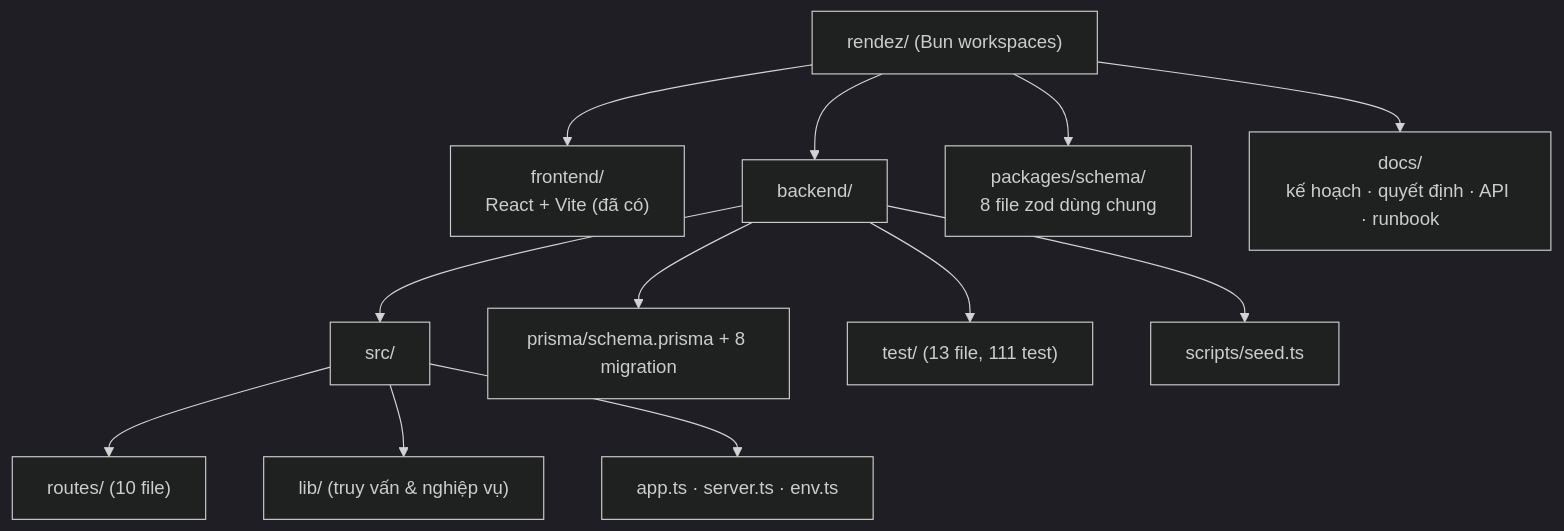
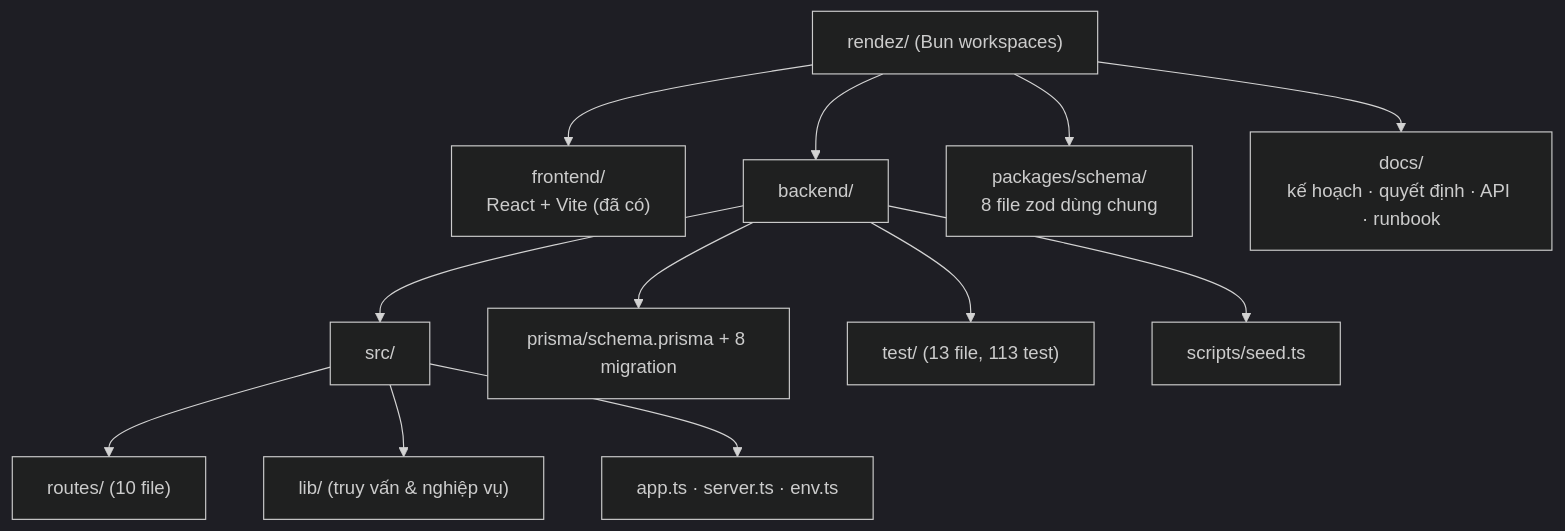
The sixth of 14 diagrams in docs/bao-cao/BAO-CAO-DO-AN.md (longqt321/Rendez-PBL6), drawn with Mermaid (dark theme) before and after one commit. The commit also changed other lines of this file and 3 other files, not shown here.

````diff
--- a/docs/bao-cao/BAO-CAO-DO-AN.md
+++ b/docs/bao-cao/BAO-CAO-DO-AN.md
@@ -439,15 +439,15 @@
 ```mermaid
 flowchart TB
   Root["rendez/ (Bun workspaces)"]
   Root --> FE["frontend/<br/>React + Vite (đã có)"]
   Root --> BE["backend/"]
   Root --> PKG["packages/schema/<br/>8 file zod dùng chung"]
   Root --> DOC["docs/<br/>kế hoạch · quyết định · API · runbook"]
   BE --> SRC["src/"]
   SRC --> R["routes/ (10 file)"]
   SRC --> L["lib/ (truy vấn & nghiệp vụ)"]
   SRC --> I["app.ts · server.ts · env.ts"]
   BE --> PR["prisma/schema.prisma + 8 migration"]
-  BE --> T["test/ (13 file, 111 test)"]
+  BE --> T["test/ (13 file, 113 test)"]
   BE --> SC["scripts/seed.ts"]
 ```
````
